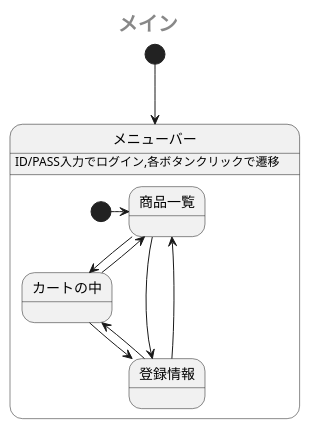
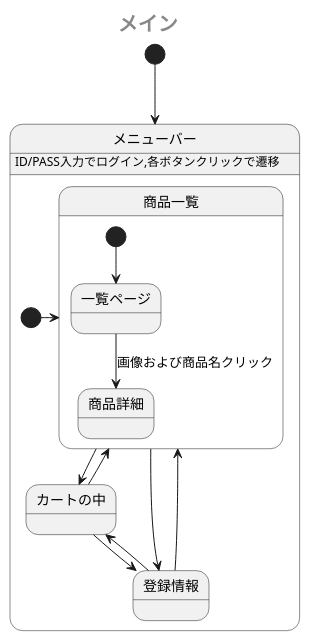
The first of 2 diagrams in sample/StateMachine.md (Aso2001385/2021sys-design), drawn with PlantUML before and after one commit.

````diff
--- a/sample/StateMachine.md
+++ b/sample/StateMachine.md
@@ -1,24 +1,25 @@
 ```uml
 @startuml
  center header <size:20><b>メイン</b></size>
  [*] --> メニューバー
  state メニューバー {
    メニューバー: ID/PASS入力でログイン,各ボタンクリックで遷移
    [*] -> 商品一覧
    state 商品一覧 {
-   
+    [*] --> 一覧ページ
+    一覧ページ --> 商品詳細: 画像および商品名クリック
    }
    商品一覧 -down-> カートの中
    カートの中 -up-> 商品一覧
    カートの中 -down-> 登録情報
    登録情報 -up-> カートの中
    商品一覧 -right-> 登録情報
    商品一覧 -[hidden]> 登録情報
    登録情報 -left-> 商品一覧
    登録情報 -[hidden]> 商品一覧
    
 
  }
  
 @enduml
 ```
````
